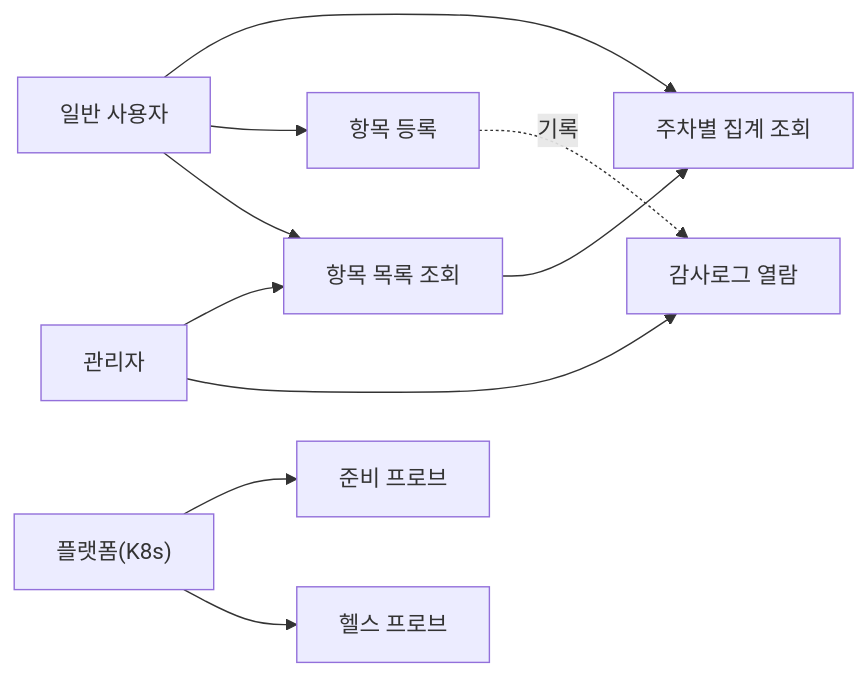
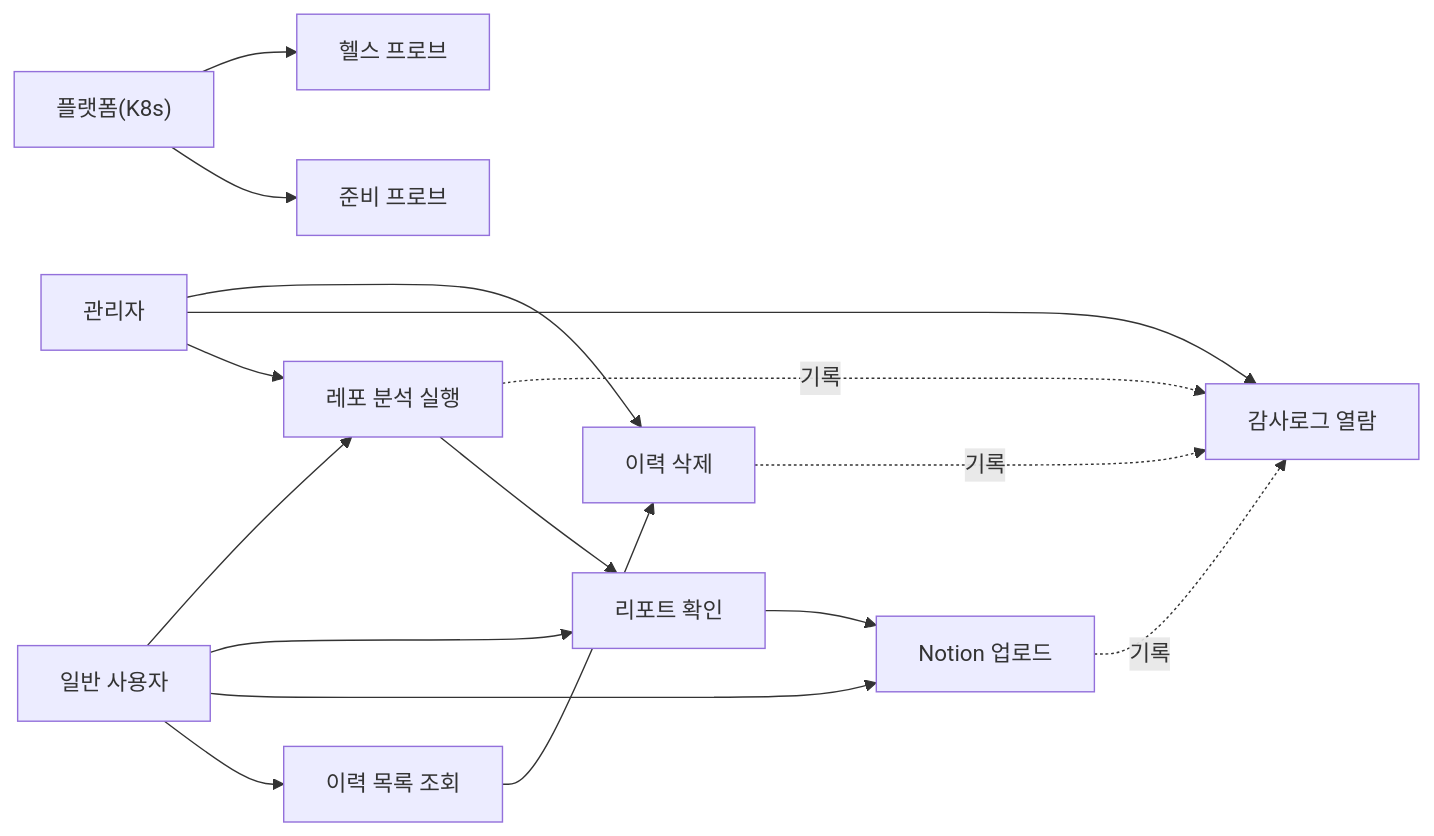
One commit to kyum22n/advanced-cloud-developer changed the diagram in 설계/공통/01_기능명세서.md. Above: the diagram before and after it, drawn with Mermaid. The commit also changed other lines of this file and 591 other files, not shown here.

````diff
--- a/설계/공통/01_기능명세서.md
+++ b/설계/공통/01_기능명세서.md
@@ -41,12 +46,17 @@
 ```mermaid
 graph LR
-    U["일반 사용자"] --> UC1["항목 목록 조회"]
-    U --> UC2["항목 등록"]
-    U --> UC3["주차별 집계 조회"]
-    A["관리자"] --> UC4["감사로그 열람"]
+    U["일반 사용자"] --> UC1["레포 분석 실행"]
+    U --> UC2["리포트 확인"]
+    U --> UC3["Notion 업로드"]
+    U --> UC4["이력 목록 조회"]
+    A["관리자"] --> UC5["이력 삭제"]
+    A --> UC6["감사로그 열람"]
     A --> UC1
-    P["플랫폼(K8s)"] --> UC5["헬스 프로브"]
-    P --> UC6["준비 프로브"]
-    UC2 -.기록.-> UC4
-    UC1 --> UC3
+    P["플랫폼(K8s)"] --> UC7["헬스 프로브"]
+    P --> UC8["준비 프로브"]
+    UC1 -.기록.-> UC6
+    UC3 -.기록.-> UC6
+    UC5 -.기록.-> UC6
+    UC1 --> UC2 --> UC3
+    UC4 --> UC5
 ```
````
